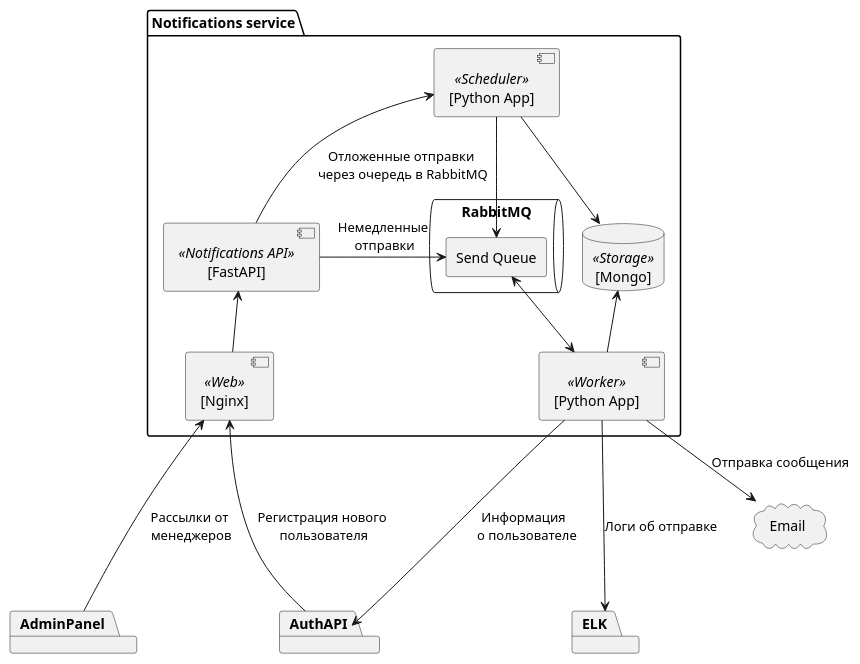
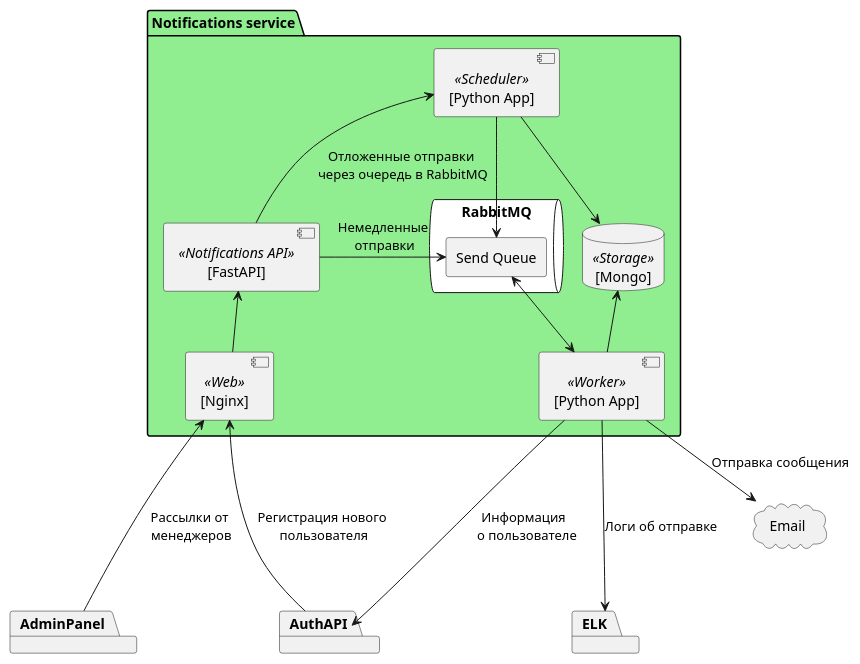
The diagram in docs/schema.puml (georotor/movies_notifications), drawn with PlantUML before and after one commit. The commit also changed other lines of this file and 2 other files, not shown here.

```diff
--- a/docs/schema.puml
+++ b/docs/schema.puml
@@ -1,43 +1,41 @@
 @startuml
 skinparam componentStyle uml2
 
-package "Notifications service" as Notifications {
+package "Notifications service" as Notifications #LightGreen {
     component "[Nginx]" as Nginx <<Web>>
     component "[FastAPI]" as NotificationsApi <<Notifications API>>
     component "[Python App]" as Scheduler <<Scheduler>>
-    queue "RabbitMQ" as Rabbit {
+    queue "RabbitMQ" as Rabbit #White {
         agent "Send Queue" as EmailQueue
     }
     database "[Mongo]" as Mongo <<Storage>>
     component "[Python App]" as Worker <<Worker>>
 
     NotificationsApi <-down- Nginx
     NotificationsApi -up-> Scheduler : Отложенные отправки\n через очередь в RabbitMQ
     NotificationsApi -> EmailQueue : Немедленные\n отправки
     Scheduler --> Mongo
     Scheduler -> EmailQueue
     EmailQueue <--> Worker
     Worker -up-> Mongo
 }
 
 package AdminPanel {
 }
 
 package AuthAPI{
 }
 
 package ELK {
 }
 
 cloud Email
 
 Worker --> Email : Отправка сообщения
 Worker ---> AuthAPI : Информация \n о пользователе
 Worker ---> ELK : Логи об отправке
 
 AdminPanel --up-> Nginx : Рассылки от\n менеджеров
 AuthAPI -up-> Nginx : Регистрация нового\n пользователя
 
-
-
 @enduml
```
